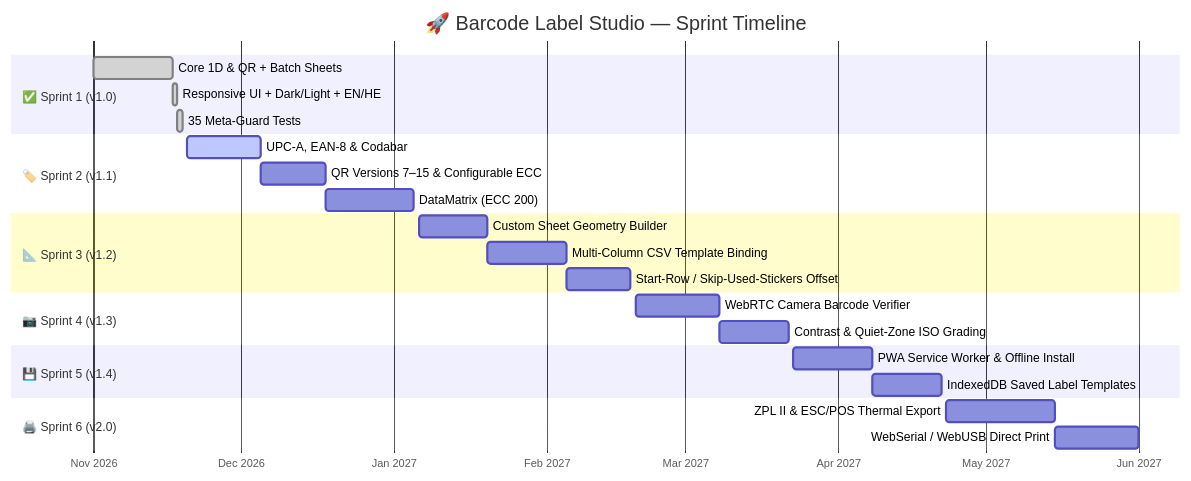
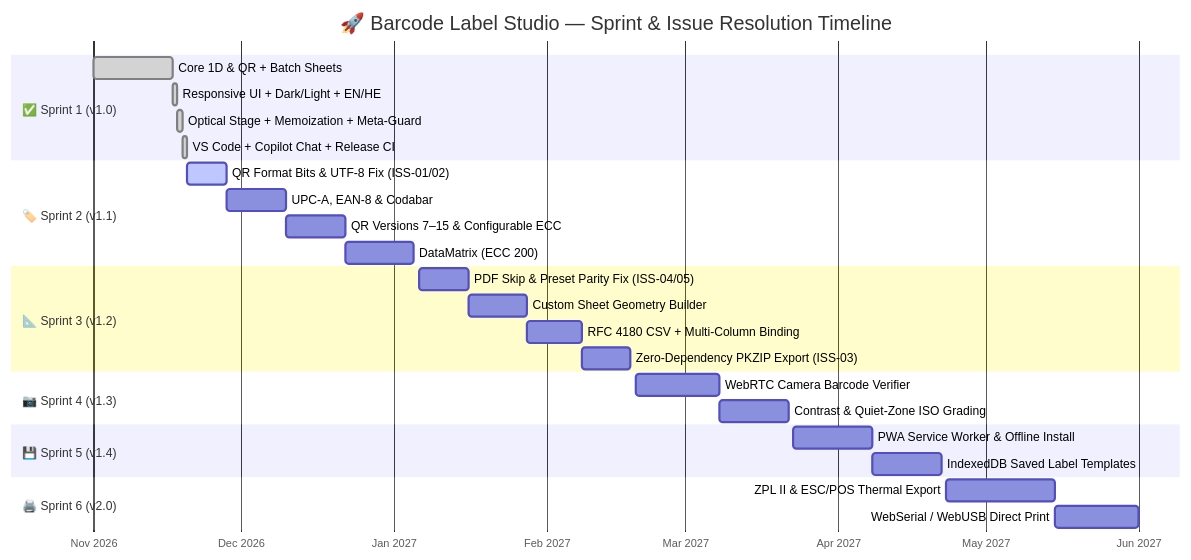
The second of 2 diagrams in ROADMAP.md (RajwanYair/barcode-label-studio), drawn with Mermaid before and after one commit. The commit also changed other lines of this file and 19 other files, not shown here.

Commit message:
feat: implement ISS-01..ISS-08 fixes, PKZIP export, VS Code/Copilot Chat configs, and Release workflow

````diff
--- a/ROADMAP.md
+++ b/ROADMAP.md
@@ -30,33 +31,36 @@
 ```mermaid
 gantt
-    title 🚀 Barcode Label Studio — Sprint Timeline
+    title 🚀 Barcode Label Studio — Sprint & Issue Resolution Timeline
     dateFormat  YYYY-MM-DD
     axisFormat  %b %Y
 
     section ✅ Sprint 1 (v1.0)
     Core 1D & QR + Batch Sheets             :done, s1a, 2026-11-01, 2026-11-17
     Responsive UI + Dark/Light + EN/HE      :done, s1b, 2026-11-17, 2026-11-18
-    35 Meta-Guard Tests                     :done, s1c, 2026-11-18, 2026-11-19
+    Optical Stage + Memoization + Meta-Guard:done, s1c, 2026-11-18, 2026-11-19
+    VS Code + Copilot Chat + Release CI     :done, s1d, 2026-11-19, 2026-11-20
 
     section 🏷️ Sprint 2 (v1.1)
-    UPC-A, EAN-8 & Codabar                  :active, s2a, 2026-11-20, 2026-12-05
-    QR Versions 7–15 & Configurable ECC     :         s2b, 2026-12-05, 2026-12-18
-    DataMatrix (ECC 200)                    :         s2c, 2026-12-18, 2027-01-05
+    QR Format Bits & UTF-8 Fix (ISS-01/02)  :active, s2a, 2026-11-20, 2026-11-28
+    UPC-A, EAN-8 & Codabar                  :         s2b, 2026-11-28, 2026-12-10
+    QR Versions 7–15 & Configurable ECC     :         s2c, 2026-12-10, 2026-12-22
+    DataMatrix (ECC 200)                    :         s2d, 2026-12-22, 2027-01-05
 
     section 📐 Sprint 3 (v1.2)
-    Custom Sheet Geometry Builder           :         s3a, 2027-01-06, 2027-01-20
-    Multi-Column CSV Template Binding       :         s3b, 2027-01-20, 2027-02-05
-    Start-Row / Skip-Used-Stickers Offset   :         s3c, 2027-02-05, 2027-02-18
+    PDF Skip & Preset Parity Fix (ISS-04/05):         s3a, 2027-01-06, 2027-01-16
+    Custom Sheet Geometry Builder           :         s3b, 2027-01-16, 2027-01-28
+    RFC 4180 CSV + Multi-Column Binding     :         s3c, 2027-01-28, 2027-02-08
+    Zero-Dependency PKZIP Export (ISS-03)   :         s3d, 2027-02-08, 2027-02-18
 
     section 📷 Sprint 4 (v1.3)
     WebRTC Camera Barcode Verifier          :         s4a, 2027-02-19, 2027-03-08
     Contrast & Quiet-Zone ISO Grading       :         s4b, 2027-03-08, 2027-03-22
 
     section 💾 Sprint 5 (v1.4)
     PWA Service Worker & Offline Install    :         s5a, 2027-03-23, 2027-04-08
     IndexedDB Saved Label Templates         :         s5b, 2027-04-08, 2027-04-22
 
     section 🖨️ Sprint 6 (v2.0)
     ZPL II & ESC/POS Thermal Export         :         s6a, 2027-04-23, 2027-05-15
     WebSerial / WebUSB Direct Print         :         s6b, 2027-05-15, 2027-06-01
 ```
````
